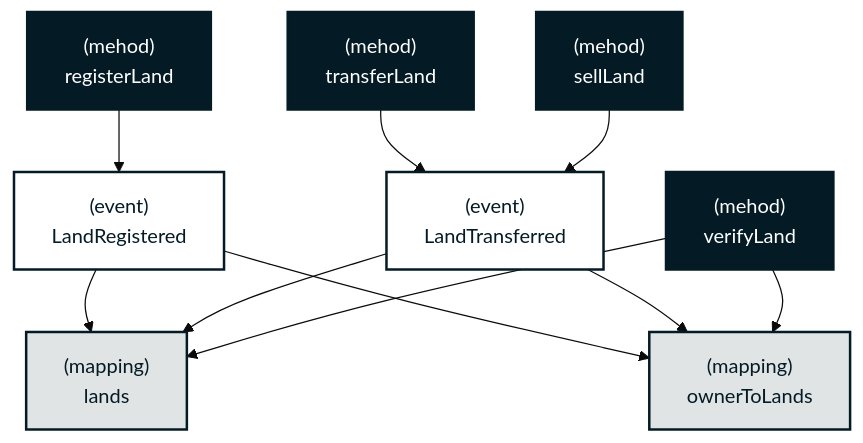
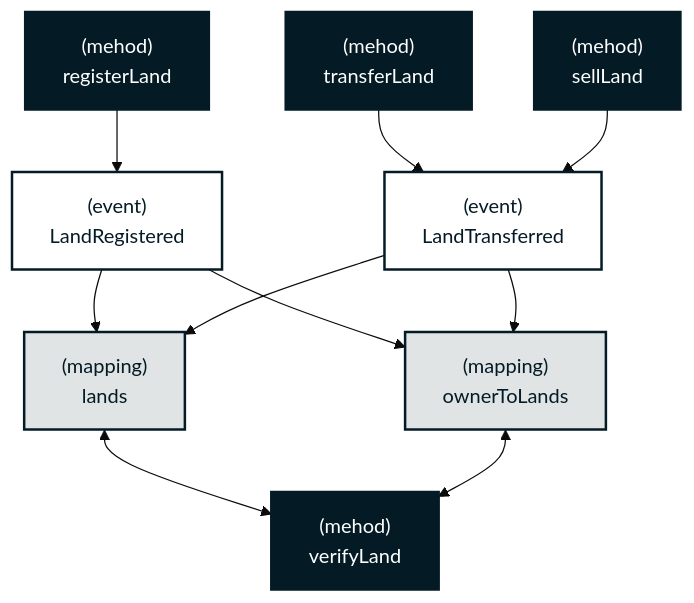
One commit to block-foundation/solidity-land-registry changed the diagram in README.md. Above: the diagram before and after it, drawn with Mermaid (base theme).

````diff
--- a/README.md
+++ b/README.md
@@ -120,38 +120,39 @@
 ``` mermaid
 flowchart TD
 
     registerLand["(mehod)
     registerLand"]:::class_dark
     transferLand["(mehod)
     transferLand"]:::class_dark
     sellLand["(mehod)
     sellLand"]:::class_dark
-    verifyLand["(mehod)
-    verifyLand"]:::class_dark
+
 
     LandRegistered["(event)
     LandRegistered"]:::class_light
     LandTransferred["(event)
     LandTransferred"]:::class_light
 
     lands["(mapping)
     lands"]:::class_neutral
     ownerToLands["(mapping)
     ownerToLands"]:::class_neutral
 
+    verifyLand["(mehod)
+    verifyLand"]:::class_dark
 
     registerLand --> LandRegistered
     transferLand --> LandTransferred
     sellLand --> LandTransferred
     LandRegistered --> lands
     LandTransferred --> lands
     LandRegistered --> ownerToLands
     LandTransferred --> ownerToLands
-    verifyLand --> lands
-    verifyLand --> ownerToLands
+    lands <--> verifyLand
+    ownerToLands <--> verifyLand
 
     classDef class_light fill:#FFFFFF,color:#041B26,stroke:#041B26,stroke-width:2px;
     classDef class_neutral fill:#E1E4E5,color:#041B26,stroke:#041B26,stroke-width:2px;
     classDef class_dark fill:#041B26,color:#FFFFFF,stroke:#041B26,stroke-width:2px;
 
 ```
````
